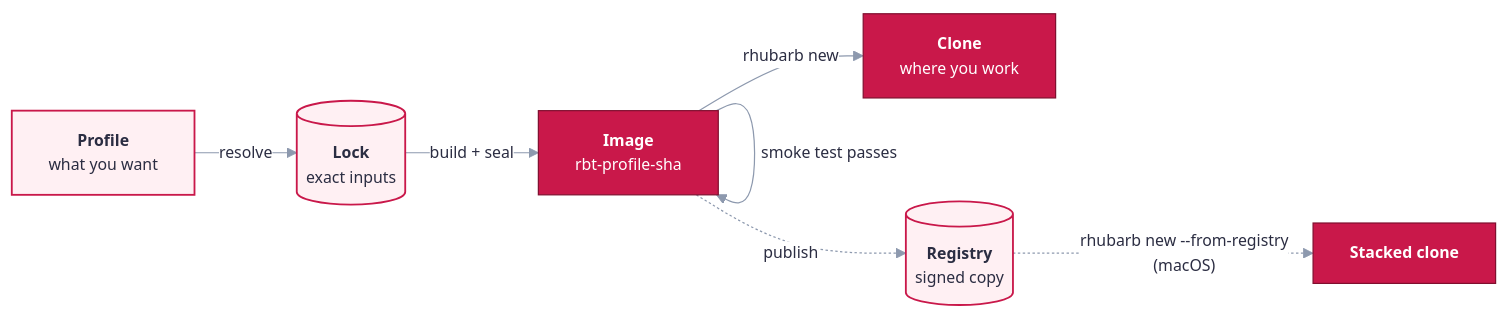
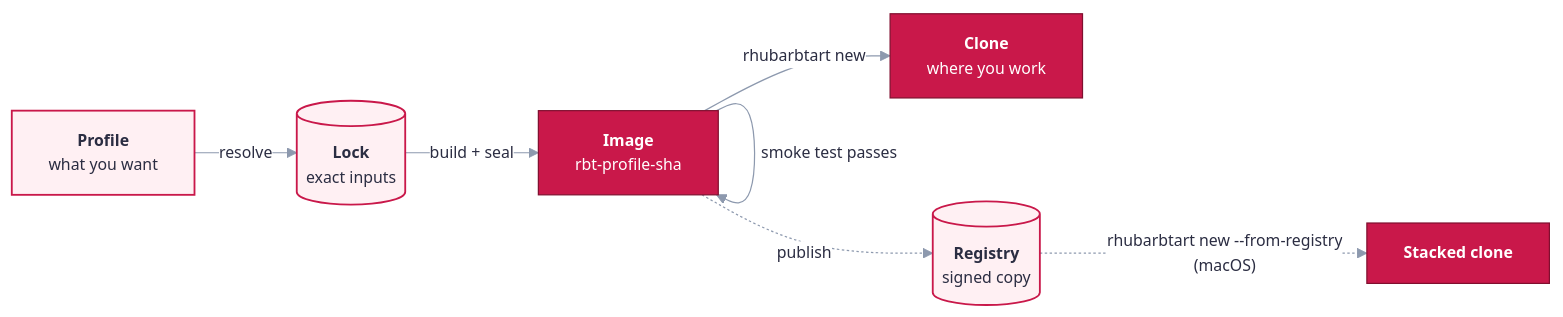
One commit to errantpacket/RhubarbTart changed the diagram in docs/concepts.md. Above: the diagram before and after it, drawn with Mermaid. The commit also changed other lines of this file and 51 other files, not shown here.

````diff
--- a/docs/concepts.md
+++ b/docs/concepts.md
@@ -7,15 +7,15 @@
 ```mermaid
 %%{init: {'theme':'base','fontFamily':'ui-sans-serif, system-ui, -apple-system, Helvetica, Arial, sans-serif','themeVariables':{'primaryColor':'#ffffff','primaryTextColor':'#2b2d42','primaryBorderColor':'#c9184a','lineColor':'#8d99ae','fontSize':'13px'},'flowchart':{'curve':'basis','nodeSpacing':30,'rankSpacing':40}}}%%
 flowchart LR
     P["<b>Profile</b><br/>what you want"] -->|resolve| L[("<b>Lock</b><br/>exact inputs")]
     L -->|build + seal| I["<b>Image</b><br/>rbt-profile-sha"]
     I -->|smoke test passes| I
-    I -->|rhubarb new| C["<b>Clone</b><br/>where you work"]
+    I -->|rhubarbtart new| C["<b>Clone</b><br/>where you work"]
     I -.->|publish| R[("<b>Registry</b><br/>signed copy")]
-    R -.->|"rhubarb new --from-registry<br/>(macOS)"| S["<b>Stacked clone</b>"]
+    R -.->|"rhubarbtart new --from-registry<br/>(macOS)"| S["<b>Stacked clone</b>"]
 
     classDef a fill:#fff0f3,stroke:#c9184a,stroke-width:1.5px,color:#2b2d42
     classDef b fill:#c9184a,stroke:#800f2f,color:#ffffff
     class P,L,R a
     class I,C,S b
 ```
````
